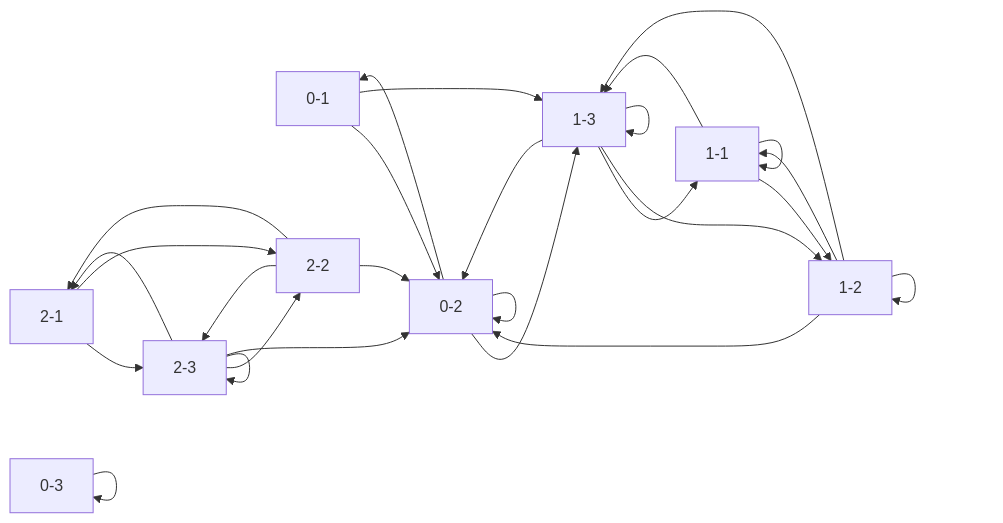
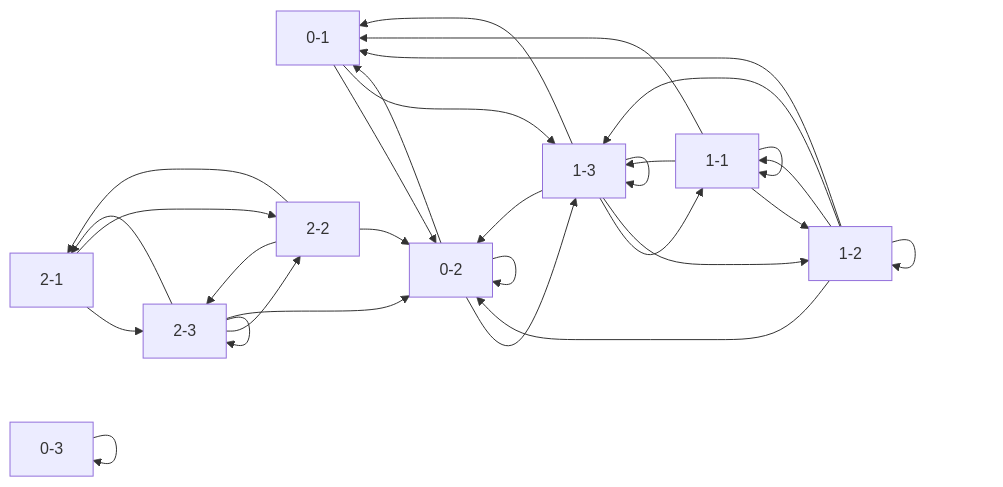
One commit to formkk/Ashport_Ourdream changed the diagram in tools/ref_graph.mmd. Above: the diagram before and after it, drawn with Mermaid. The commit also changed 17 other files, not shown here.

```diff
--- a/tools/ref_graph.mmd
+++ b/tools/ref_graph.mmd
@@ -1,39 +1,42 @@
 graph LR
     0-1["0-1"]
     0-2["0-2"]
     0-3["0-3"]
     1-1["1-1"]
     1-2["1-2"]
     1-3["1-3"]
     2-1["2-1"]
     2-2["2-2"]
     2-3["2-3"]
 
     0-1 --> 0-2
     0-1 --> 1-3
     0-2 --> 0-2
     0-2 --> 0-1
     0-2 --> 1-3
     0-3 --> 0-3
     1-1 --> 1-3
     1-1 --> 1-2
+    1-1 --> 0-1
     1-1 --> 1-1
     1-2 --> 1-1
     1-2 --> 1-3
+    1-2 --> 0-1
     1-2 --> 0-2
     1-2 --> 1-2
     1-3 --> 1-3
     1-3 --> 1-1
+    1-3 --> 0-2
     1-3 --> 1-2
-    1-3 --> 0-2
+    1-3 --> 0-1
     2-1 --> 2-3
     2-1 --> 2-2
     2-2 --> 0-2
     2-2 --> 2-3
     2-2 --> 2-1
     2-3 --> 2-1
     2-3 --> 2-3
     2-3 --> 2-2
     2-3 --> 0-2
 
 %% 断链引用
```
